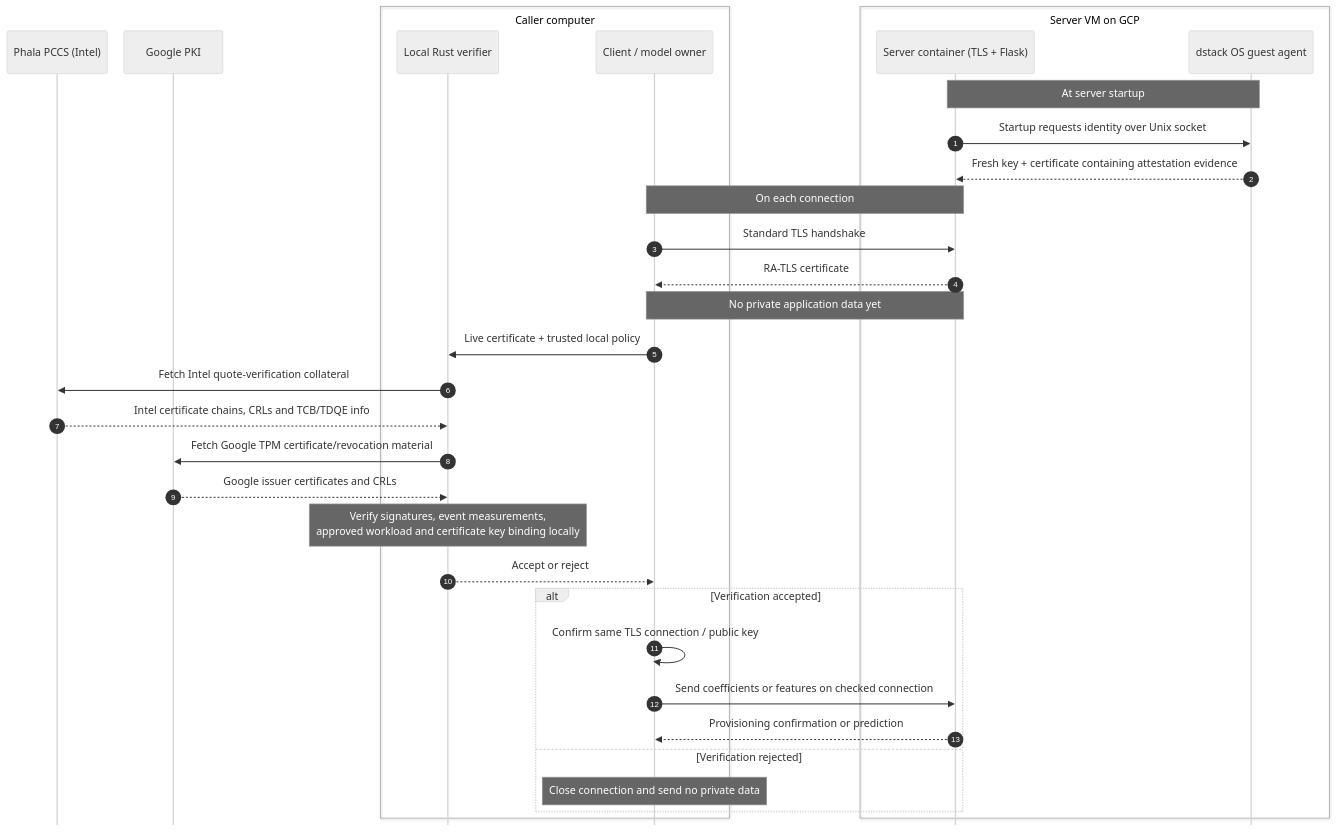
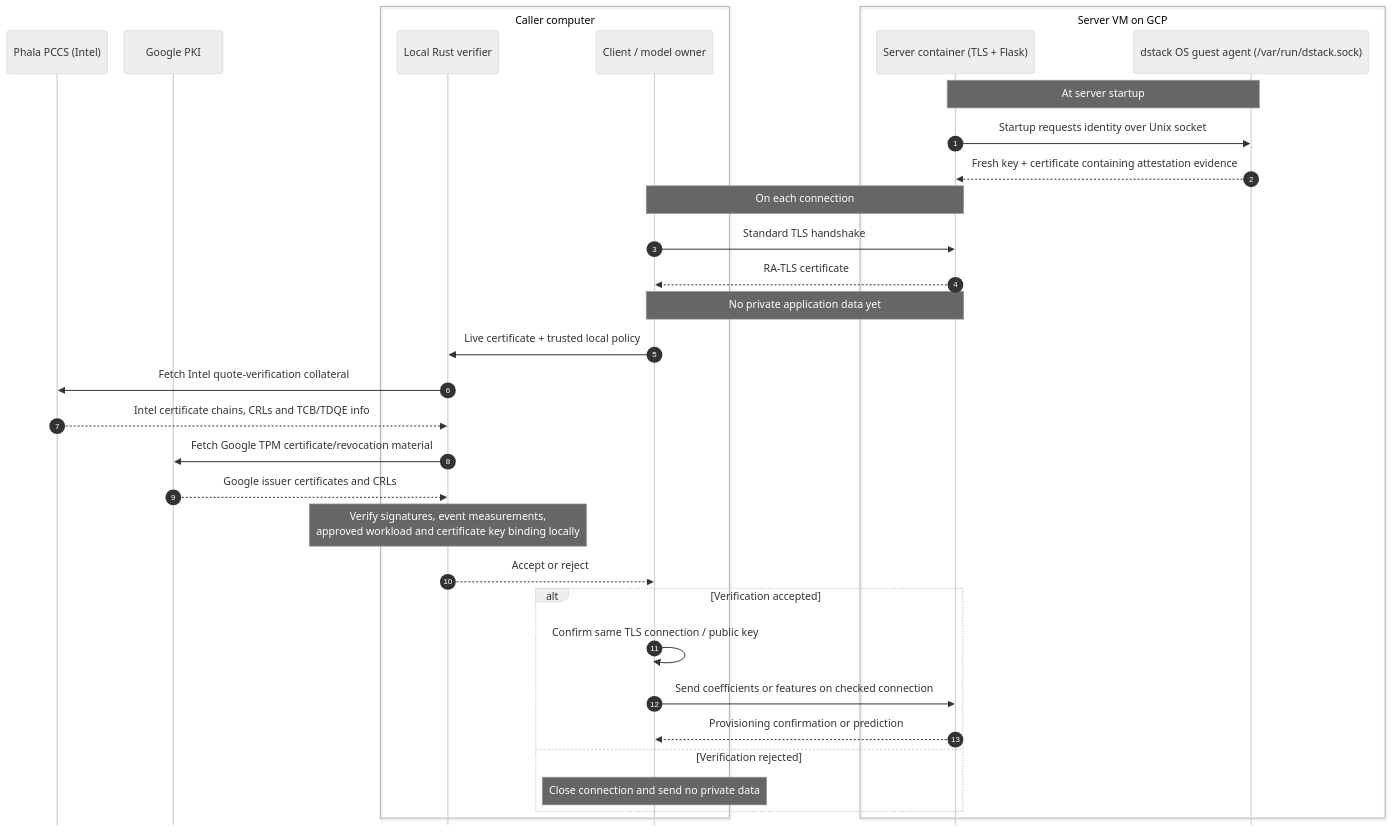
The first of 2 diagrams in 4_Remote_Attestation/README.md (ndokmai/dstack-gcp-prediction-tutorial), drawn with Mermaid (neutral theme) before and after one commit. The commit also changed other lines of this file, not shown here.

````diff
--- a/4_Remote_Attestation/README.md
+++ b/4_Remote_Attestation/README.md
@@ -66,37 +65,37 @@
 ```mermaid
 %%{init: {"sequence": {"actorMargin": 25, "messageMargin": 20, "mirrorActors": false}}}%%
 sequenceDiagram
     autonumber
     participant P as Phala PCCS (Intel)
     participant G as Google PKI
     box Caller computer
         participant V as Local Rust verifier
         participant C as Client / model owner
     end
     box Server VM on GCP
         participant S as Server container (TLS + Flask)
-        participant A as dstack OS guest agent
+        participant A as dstack OS guest agent (/var/run/dstack.sock)
     end
 
     Note over S,A: At server startup
     S->>A: Startup requests identity over Unix socket
     A-->>S: Fresh key + certificate containing attestation evidence
     Note over C,S: On each connection
     C->>S: Standard TLS handshake
     S-->>C: RA-TLS certificate
     Note over C,S: No private application data yet
     C->>V: Live certificate + trusted local policy
     V->>P: Fetch Intel quote-verification collateral
     P-->>V: Intel certificate chains, CRLs and TCB/TDQE info
     V->>G: Fetch Google TPM certificate/revocation material
     G-->>V: Google issuer certificates and CRLs
     Note over V: Verify signatures, event measurements,<br/>approved workload and certificate key binding locally
     V-->>C: Accept or reject
     alt Verification accepted
         C->>C: Confirm same TLS connection / public key
         C->>S: Send coefficients or features on checked connection
         S-->>C: Provisioning confirmation or prediction
     else Verification rejected
         Note over C: Close connection and send no private data
     end
 ```
````
